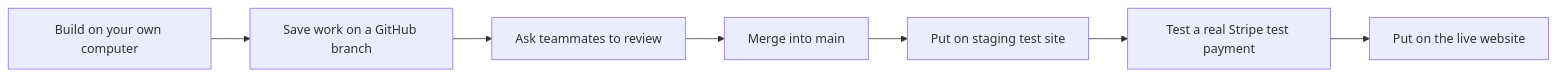
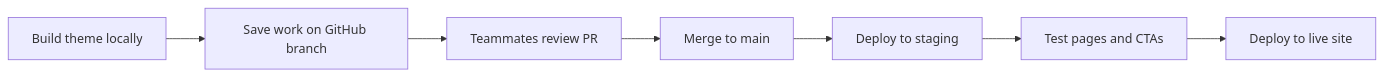
Before and after one commit to Minthawphyo/cp3402-2026-teamCharlie: the third of 3 diagrams in workflow.md, drawn with Mermaid. The commit also changed other lines of this file and 1 other file, not shown here.

````diff
--- a/workflow.md
+++ b/workflow.md
@@ -207,9 +107,9 @@
 ```mermaid
 flowchart LR
-  A[Build on your own computer] --> B[Save work on a GitHub branch]
-  B --> C[Ask teammates to review]
-  C --> D[Merge into main]
-  D --> E[Put on staging test site]
-  E --> F[Test a real Stripe test payment]
-  F --> G[Put on the live website]
+  A[Build theme locally] --> B[Save work on GitHub branch]
+  B --> C[Teammates review PR]
+  C --> D[Merge to main]
+  D --> E[Deploy to staging]
+  E --> F[Test pages and CTAs]
+  F --> G[Deploy to live site]
 ```
````
